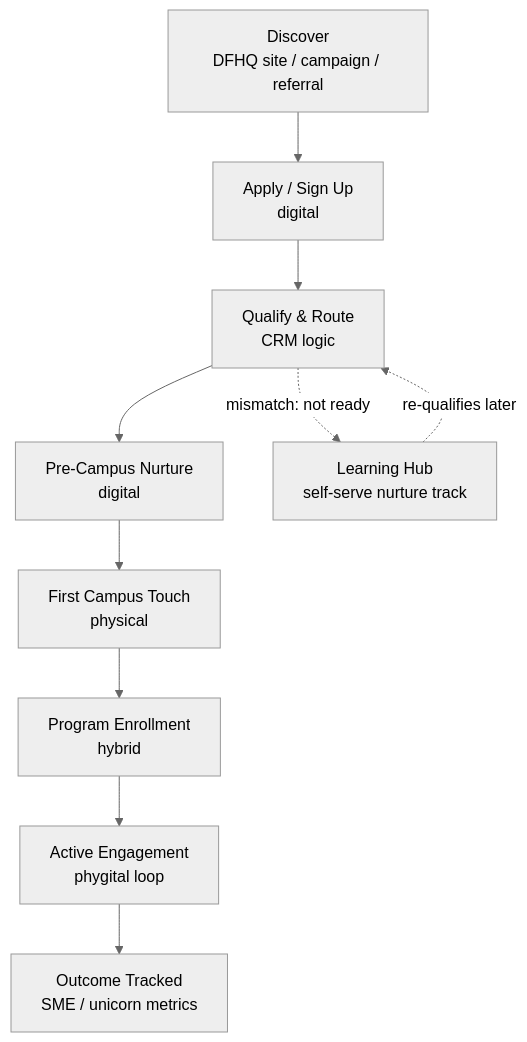
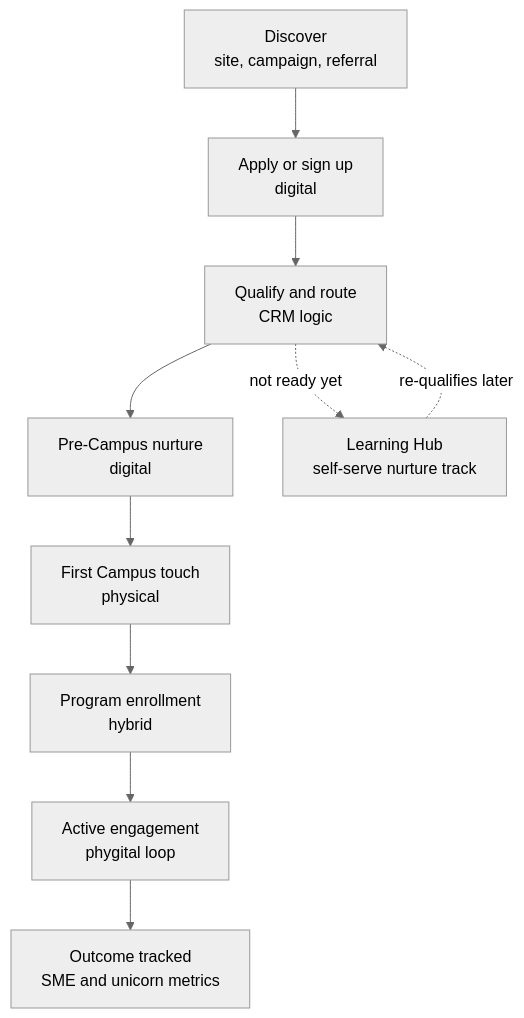
The diagram in 01-deep-dives/phygital-onboarding-flow.md (fhdchnd/dfhq-digital-growth-blueprint), drawn with Mermaid (neutral theme) before and after one commit. The commit also changed other lines of this file and 5 other files, not shown here.

````diff
--- a/01-deep-dives/phygital-onboarding-flow.md
+++ b/01-deep-dives/phygital-onboarding-flow.md
@@ -19,13 +17,13 @@
 ```mermaid
 flowchart TD
-    A[Discover<br/>DFHQ site / campaign / referral] --> B[Apply / Sign Up<br/>digital]
-    B --> C[Qualify & Route<br/>CRM logic]
-    C --> D[Pre-Campus Nurture<br/>digital]
-    D --> E[First Campus Touch<br/>physical]
-    E --> F[Program Enrollment<br/>hybrid]
-    F --> G[Active Engagement<br/>phygital loop]
-    G --> H[Outcome Tracked<br/>SME / unicorn metrics]
+    A[Discover<br/>site, campaign, referral] --> B[Apply or sign up<br/>digital]
+    B --> C[Qualify and route<br/>CRM logic]
+    C --> D[Pre-Campus nurture<br/>digital]
+    D --> E[First Campus touch<br/>physical]
+    E --> F[Program enrollment<br/>hybrid]
+    F --> G[Active engagement<br/>phygital loop]
+    G --> H[Outcome tracked<br/>SME and unicorn metrics]
 
-    C -.mismatch: not ready.-> D2[Learning Hub<br/>self-serve nurture track]
+    C -.not ready yet.-> D2[Learning Hub<br/>self-serve nurture track]
     D2 -.re-qualifies later.-> C
 ```
````
